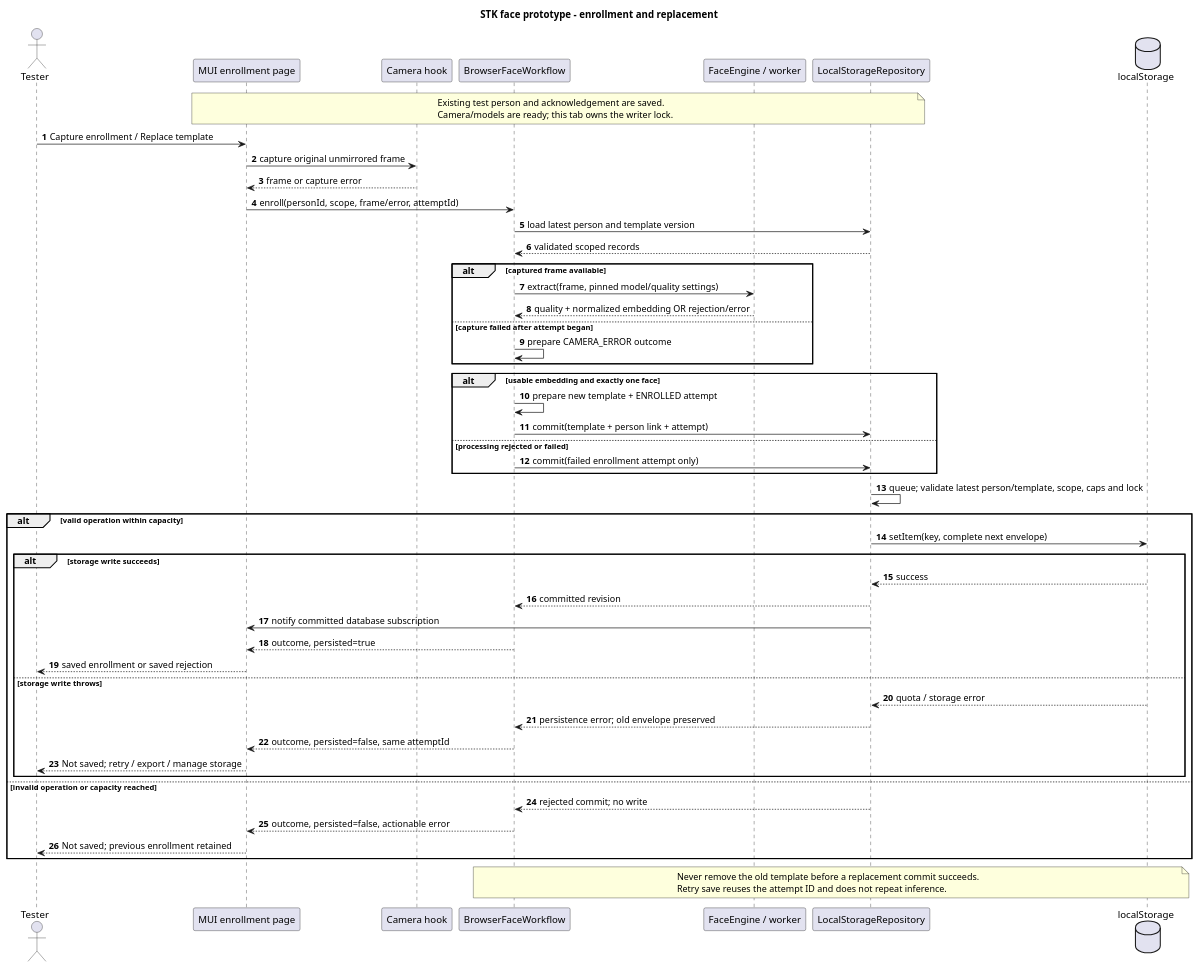
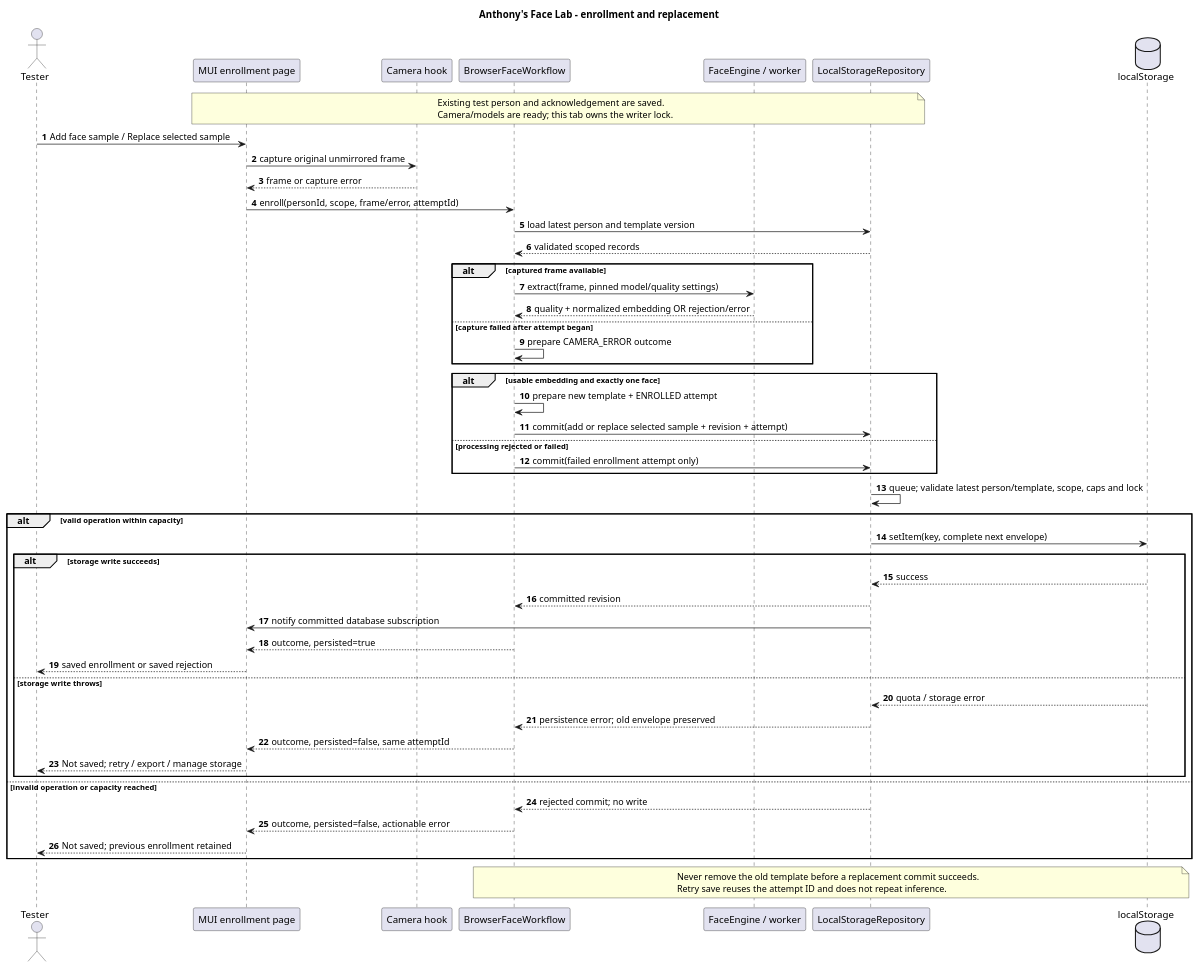
The third of 9 diagrams in docs/STK_FACE_RECOGNITION_PROTOTYPE_UML.puml (pixelDigitTony/face-recog-prototype), drawn with PlantUML before and after one commit. The commit also changed other lines of this file and 41 other files, not shown here.

```diff
--- a/docs/STK_FACE_RECOGNITION_PROTOTYPE_UML.puml
+++ b/docs/STK_FACE_RECOGNITION_PROTOTYPE_UML.puml
@@ -228,63 +243,63 @@
 @startuml stk_face_prototype_enrollment
-title STK face prototype - enrollment and replacement
+title Anthony's Face Lab - enrollment and replacement
 autonumber
 skinparam shadowing false
 actor Tester
 participant "MUI enrollment page" as UI
 participant "Camera hook" as Camera
 participant "BrowserFaceWorkflow" as Flow
 participant "FaceEngine / worker" as Engine
 participant "LocalStorageRepository" as Repo
 database "localStorage" as DB
 
 note over UI, Repo
   Existing test person and acknowledgement are saved.
   Camera/models are ready; this tab owns the writer lock.
 end note
-Tester -> UI : Capture enrollment / Replace template
+Tester -> UI : Add face sample / Replace selected sample
 UI -> Camera : capture original unmirrored frame
 Camera --> UI : frame or capture error
 UI -> Flow : enroll(personId, scope, frame/error, attemptId)
 Flow -> Repo : load latest person and template version
 Repo --> Flow : validated scoped records
 
 alt captured frame available
   Flow -> Engine : extract(frame, pinned model/quality settings)
   Engine --> Flow : quality + normalized embedding OR rejection/error
 else capture failed after attempt began
   Flow -> Flow : prepare CAMERA_ERROR outcome
 end
 
 alt usable embedding and exactly one face
   Flow -> Flow : prepare new template + ENROLLED attempt
-  Flow -> Repo : commit(template + person link + attempt)
+  Flow -> Repo : commit(add or replace selected sample + revision + attempt)
 else processing rejected or failed
   Flow -> Repo : commit(failed enrollment attempt only)
 end
 
 Repo -> Repo : queue; validate latest person/template, scope, caps and lock
 alt valid operation within capacity
   Repo -> DB : setItem(key, complete next envelope)
   alt storage write succeeds
     DB --> Repo : success
     Repo --> Flow : committed revision
     Repo -> UI : notify committed database subscription
     Flow --> UI : outcome, persisted=true
     UI --> Tester : saved enrollment or saved rejection
   else storage write throws
     DB --> Repo : quota / storage error
     Repo --> Flow : persistence error; old envelope preserved
     Flow --> UI : outcome, persisted=false, same attemptId
     UI --> Tester : Not saved; retry / export / manage storage
   end
 else invalid operation or capacity reached
   Repo --> Flow : rejected commit; no write
   Flow --> UI : outcome, persisted=false, actionable error
   UI --> Tester : Not saved; previous enrollment retained
 end
 
 note over Flow, DB
   Never remove the old template before a replacement commit succeeds.
   Retry save reuses the attempt ID and does not repeat inference.
 end note
 @enduml
```
